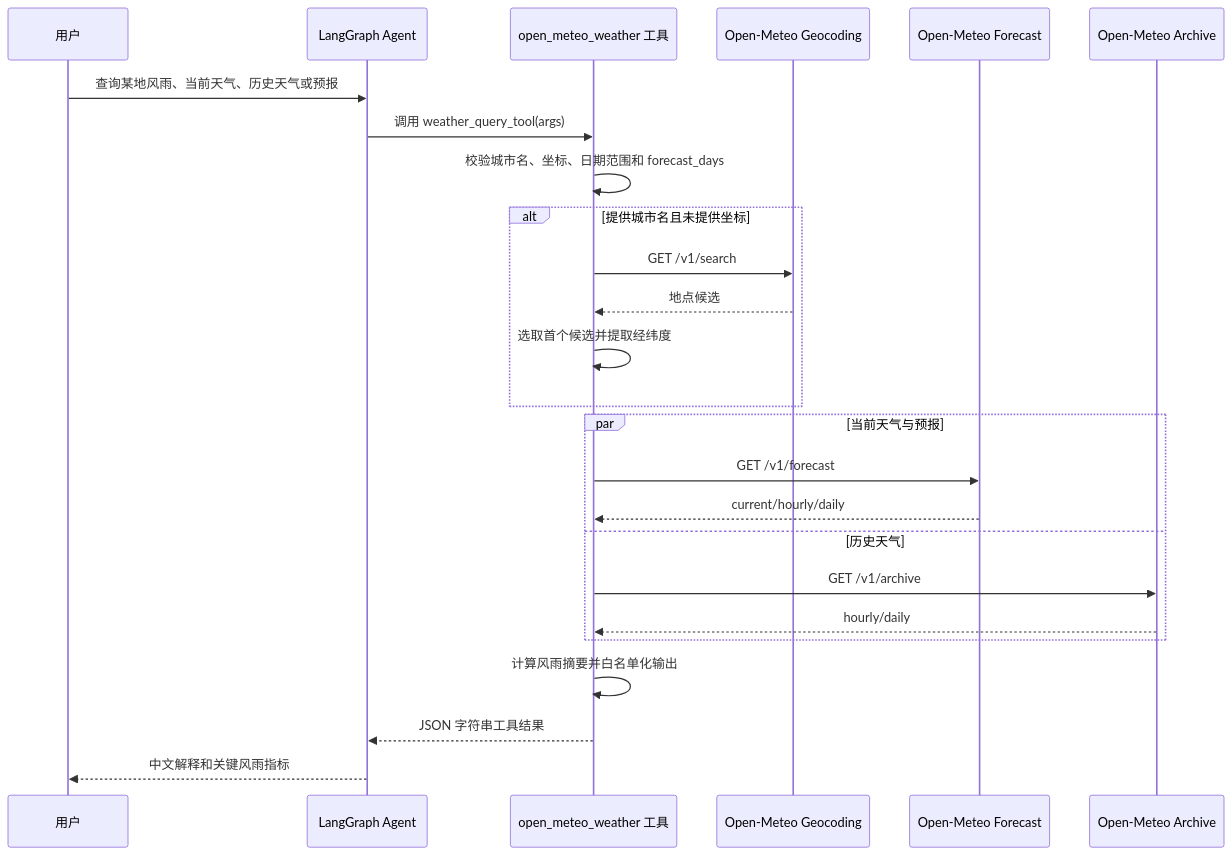
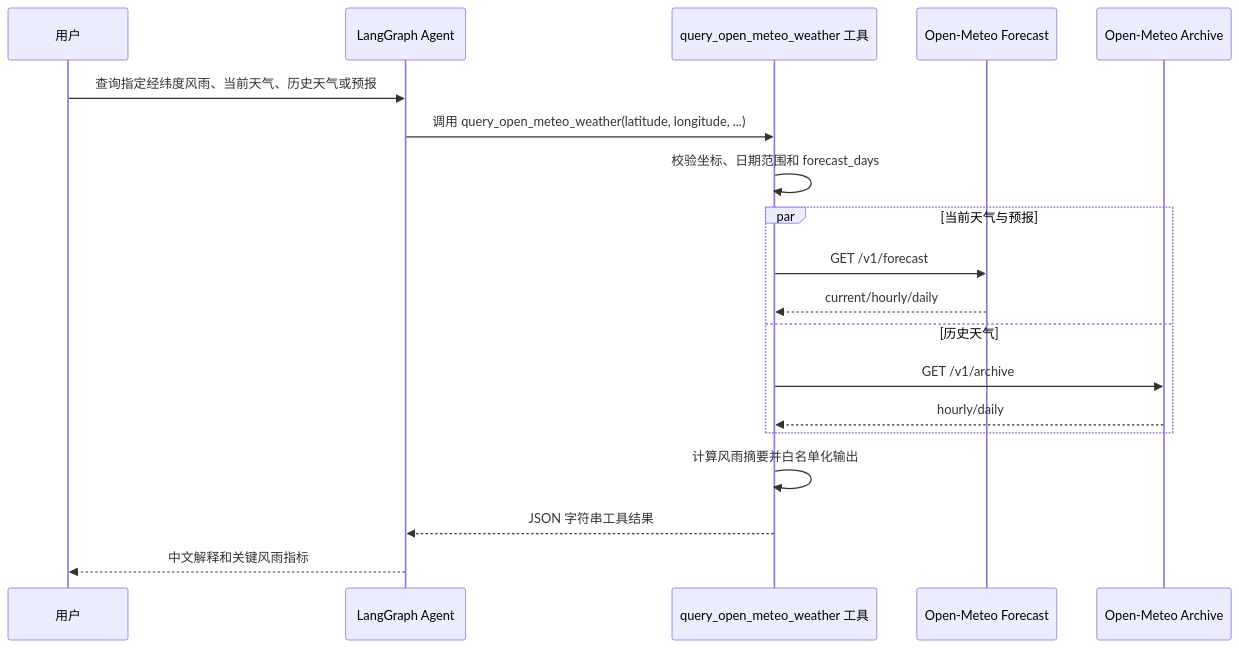
One commit to C-jcbest/landslide-monitoring-agent changed the diagram in docs/designs/003-weather-query-tool.md. Above: the diagram before and after it, drawn with Mermaid. The commit also changed other lines of this file and 16 other files, not shown here.

````diff
--- a/docs/designs/003-weather-query-tool.md
+++ b/docs/designs/003-weather-query-tool.md
@@ -249,28 +222,22 @@
 ```mermaid
 sequenceDiagram
     participant User as 用户
     participant Agent as LangGraph Agent
-    participant Tool as open_meteo_weather 工具
-    participant Geo as Open-Meteo Geocoding
+    participant Tool as query_open_meteo_weather 工具
     participant Forecast as Open-Meteo Forecast
     participant Archive as Open-Meteo Archive
 
-    User->>Agent: 查询某地风雨、当前天气、历史天气或预报
-    Agent->>Tool: 调用 weather_query_tool(args)
-    Tool->>Tool: 校验城市名、坐标、日期范围和 forecast_days
-    alt 提供城市名且未提供坐标
-        Tool->>Geo: GET /v1/search
-        Geo-->>Tool: 地点候选
-        Tool->>Tool: 选取首个候选并提取经纬度
-    end
+    User->>Agent: 查询指定经纬度风雨、当前天气、历史天气或预报
+    Agent->>Tool: 调用 query_open_meteo_weather(latitude, longitude, ...)
+    Tool->>Tool: 校验坐标、日期范围和 forecast_days
     par 当前天气与预报
         Tool->>Forecast: GET /v1/forecast
         Forecast-->>Tool: current/hourly/daily
     and 历史天气
         Tool->>Archive: GET /v1/archive
         Archive-->>Tool: hourly/daily
     end
     Tool->>Tool: 计算风雨摘要并白名单化输出
     Tool-->>Agent: JSON 字符串工具结果
     Agent-->>User: 中文解释和关键风雨指标
 ```
````
